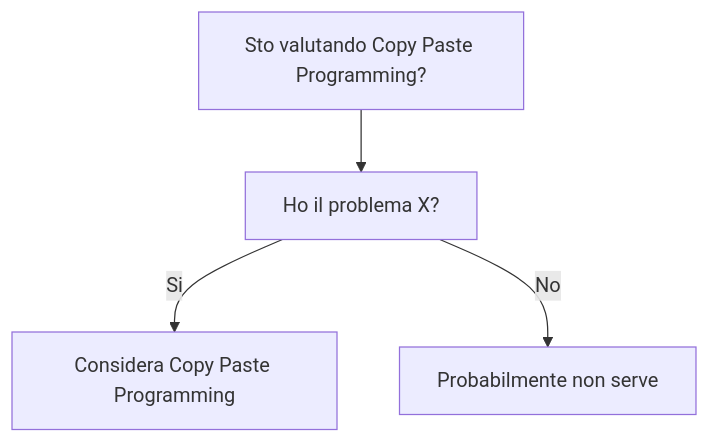
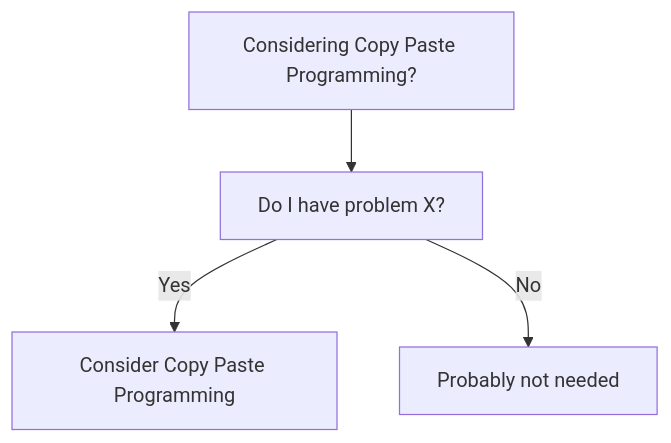
Before and after one commit to HxT9/Software-Dev-Wiki: the diagram in dev-wiki/16_AntiPatterns/Copy_Paste_Programming/When_To_Use.md, drawn with Mermaid. The commit also changed other lines of this file and 3444 other files, not shown here.

````diff
--- a/dev-wiki/16_AntiPatterns/Copy_Paste_Programming/When_To_Use.md
+++ b/dev-wiki/16_AntiPatterns/Copy_Paste_Programming/When_To_Use.md
@@ -19,6 +19,6 @@
 ```mermaid
 flowchart TD
-  Q[Sto valutando Copy Paste Programming?] --> Q1[Ho il problema X?]
-  Q1 -->|Si| OK[Considera Copy Paste Programming]
-  Q1 -->|No| NO[Probabilmente non serve]
+  Q[Considering Copy Paste Programming?] --> Q1[Do I have problem X?]
+  Q1 -->|Yes| OK[Consider Copy Paste Programming]
+  Q1 -->|No| NO[Probably not needed]
 ```
````
